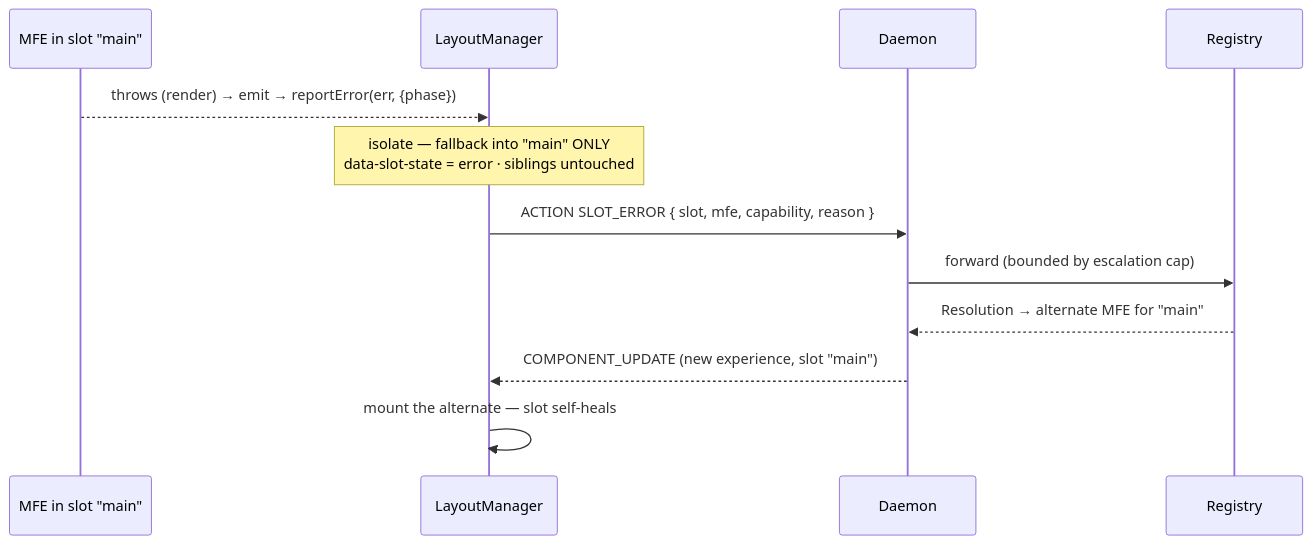
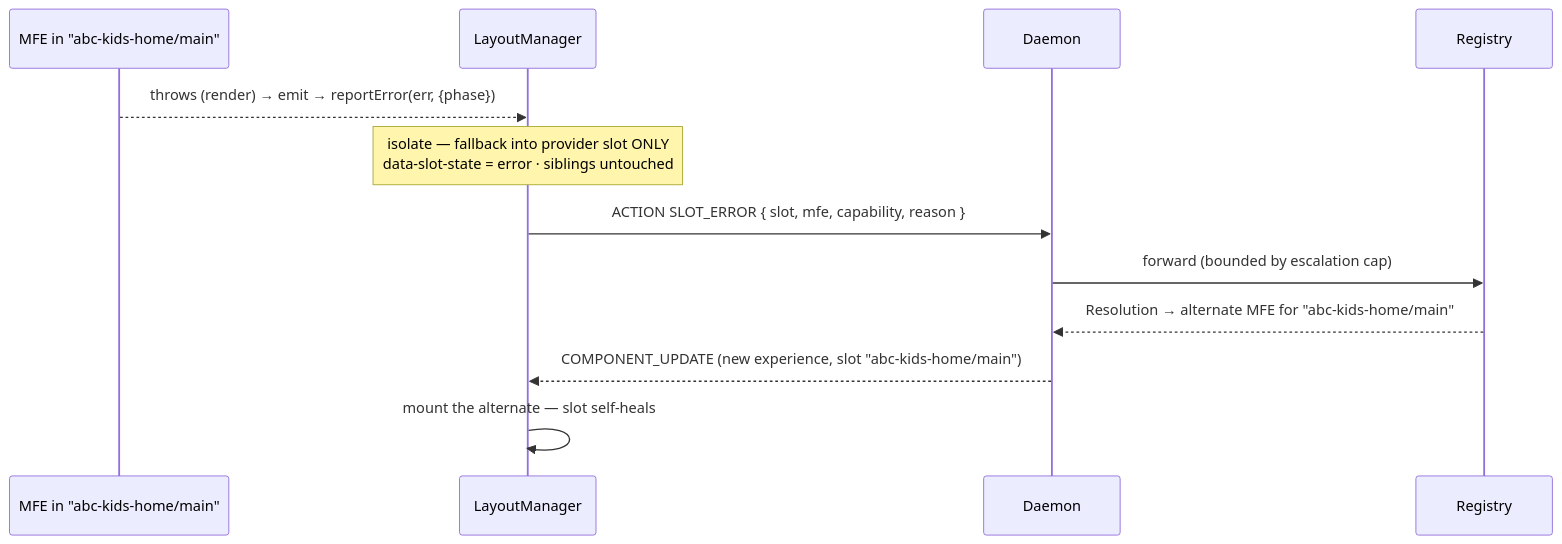
Before and after one commit to falese/seans-mfe-tool: the fourth of 4 diagrams in docs/architecture-composition-primer.md, drawn with Mermaid. The commit also changed 13 other files, not shown here.

````diff
--- a/docs/architecture-composition-primer.md
+++ b/docs/architecture-composition-primer.md
@@ -169,15 +169,15 @@
 ```mermaid
 sequenceDiagram
-    participant Game as MFE in slot "main"
+    participant Game as MFE in "abc-kids-home/main"
     participant LM as LayoutManager
     participant D as Daemon
     participant R as Registry
 
     Game-->>LM: throws (render) → emit → reportError(err, {phase})
-    Note over LM: isolate — fallback into "main" ONLY<br/>data-slot-state = error · siblings untouched
+    Note over LM: isolate — fallback into provider slot ONLY<br/>data-slot-state = error · siblings untouched
     LM->>D: ACTION SLOT_ERROR { slot, mfe, capability, reason }
     D->>R: forward (bounded by escalation cap)
-    R-->>D: Resolution → alternate MFE for "main"
-    D-->>LM: COMPONENT_UPDATE (new experience, slot "main")
+    R-->>D: Resolution → alternate MFE for "abc-kids-home/main"
+    D-->>LM: COMPONENT_UPDATE (new experience, slot "abc-kids-home/main")
     LM->>LM: mount the alternate — slot self-heals
 ```
````
